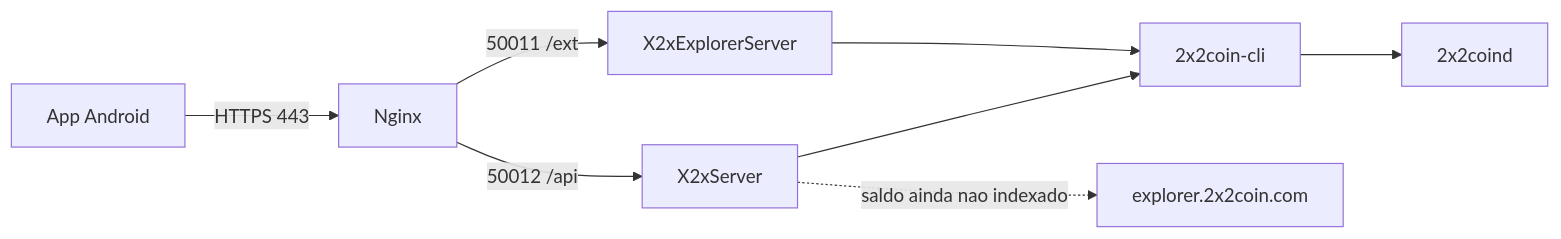
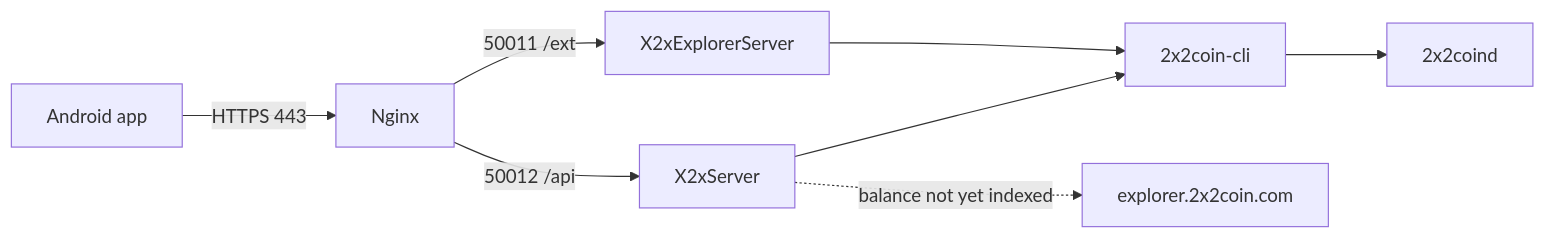
Before and after one commit to 2x2devcode/2x2Coin: the diagram in wallet/docs/SERVER.md, drawn with Mermaid. The commit also changed other lines of this file and 6 other files, not shown here.

First line of the commit message:
Write the wallet API and explorer server manual in English.

````diff
--- a/wallet/docs/SERVER.md
+++ b/wallet/docs/SERVER.md
@@ -9,10 +9,10 @@
 ```mermaid
 flowchart LR
-    App[App Android] -->|HTTPS 443| Nginx
+    App[Android app] -->|HTTPS 443| Nginx
     Nginx -->|50012 /api| Api[X2xServer]
     Nginx -->|50011 /ext| Exp[X2xExplorerServer]
     Api --> Cli[2x2coin-cli]
     Exp --> Cli
     Cli --> Daemon[2x2coind]
-    Api -.->|saldo ainda nao indexado| Pub[explorer.2x2coin.com]
+    Api -.->|balance not yet indexed| Pub[explorer.2x2coin.com]
 ```
````
